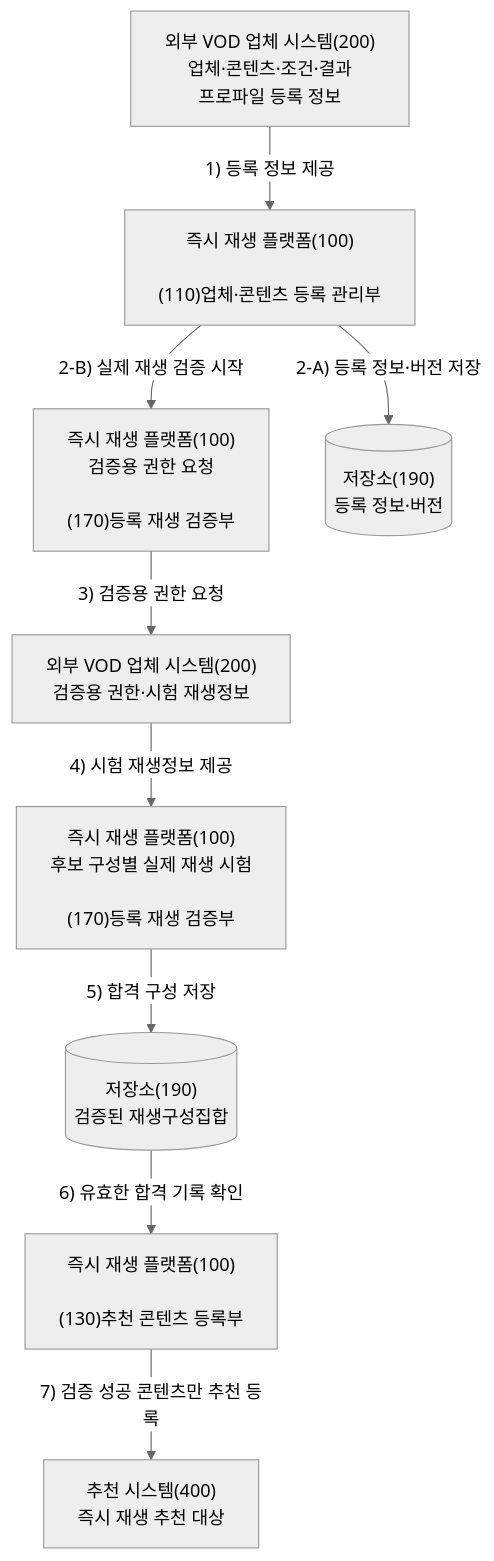
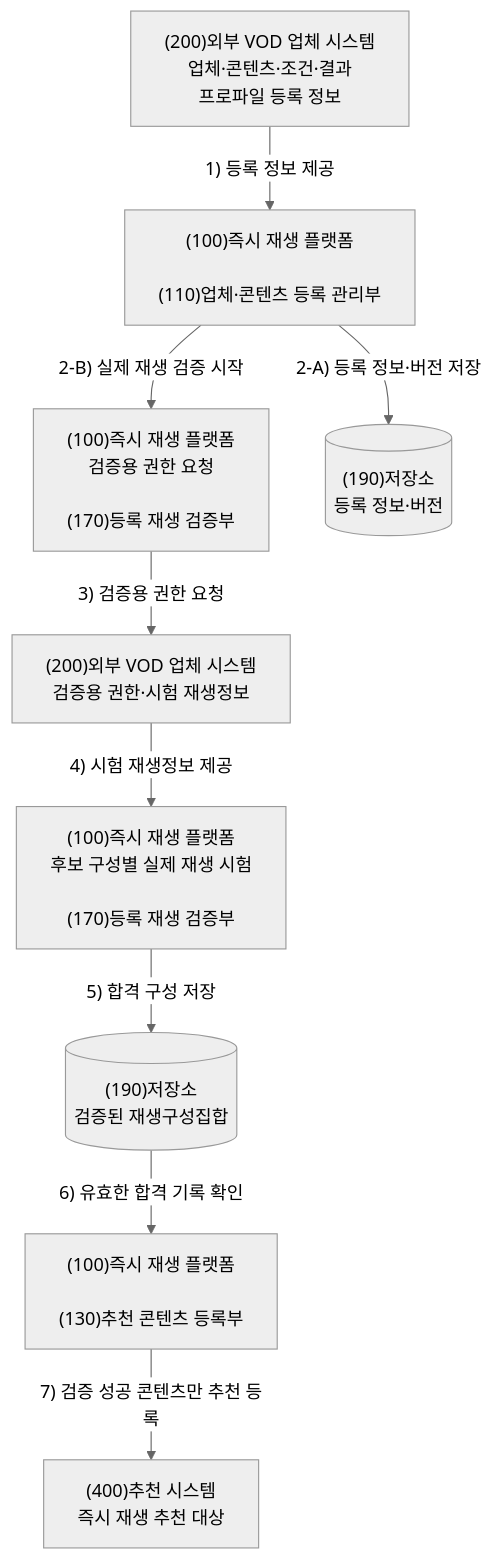
The second of 11 diagrams in instant_play_직무발명서_가독성개선본.md (growdai1y/instant-play), drawn with Mermaid (neutral theme) before and after one commit. The commit also changed other lines of this file and 1 other file, not shown here.

Commit message:
Standardize Mermaid diagram identifiers

````diff
--- a/instant_play_직무발명서_가독성개선본.md
+++ b/instant_play_직무발명서_가독성개선본.md
@@ -177,21 +177,21 @@
 ```mermaid
 flowchart TB
-    PREG["외부 VOD 업체 시스템(200)<br/>업체·콘텐츠·조건·결과<br/>프로파일 등록 정보"]
-    MANAGE["즉시 재생 플랫폼(100)<br/><br/>(110)업체·콘텐츠 등록 관리부"]
-    VERIFY_REQUEST["즉시 재생 플랫폼(100)<br/>검증용 권한 요청<br/><br/>(170)등록 재생 검증부"]
-    PTEST["외부 VOD 업체 시스템(200)<br/>검증용 권한·시험 재생정보"]
-    VERIFY_RUN["즉시 재생 플랫폼(100)<br/>후보 구성별 실제 재생 시험<br/><br/>(170)등록 재생 검증부"]
-    REG_STORE[("저장소(190)<br/>등록 정보·버전")]
-    VERIFIED_STORE[("저장소(190)<br/>검증된 재생구성집합")]
-    RECREG["즉시 재생 플랫폼(100)<br/><br/>(130)추천 콘텐츠 등록부"]
-    RECOMMEND["추천 시스템(400)<br/>즉시 재생 추천 대상"]
+    PREG["(200)외부 VOD 업체 시스템<br/>업체·콘텐츠·조건·결과<br/>프로파일 등록 정보"]
+    MANAGE["(100)즉시 재생 플랫폼<br/><br/>(110)업체·콘텐츠 등록 관리부"]
+    VERIFY_REQUEST["(100)즉시 재생 플랫폼<br/>검증용 권한 요청<br/><br/>(170)등록 재생 검증부"]
+    PTEST["(200)외부 VOD 업체 시스템<br/>검증용 권한·시험 재생정보"]
+    VERIFY_RUN["(100)즉시 재생 플랫폼<br/>후보 구성별 실제 재생 시험<br/><br/>(170)등록 재생 검증부"]
+    REG_STORE[("(190)저장소<br/>등록 정보·버전")]
+    VERIFIED_STORE[("(190)저장소<br/>검증된 재생구성집합")]
+    RECREG["(100)즉시 재생 플랫폼<br/><br/>(130)추천 콘텐츠 등록부"]
+    RECOMMEND["(400)추천 시스템<br/>즉시 재생 추천 대상"]
 
     PREG -->|"1) 등록 정보 제공"| MANAGE
     MANAGE -->|"2-A) 등록 정보·버전 저장"| REG_STORE
     MANAGE -->|"2-B) 실제 재생 검증 시작"| VERIFY_REQUEST
     VERIFY_REQUEST -->|"3) 검증용 권한 요청"| PTEST
     PTEST -->|"4) 시험 재생정보 제공"| VERIFY_RUN
     VERIFY_RUN -->|"5) 합격 구성 저장"| VERIFIED_STORE
     VERIFIED_STORE -->|"6) 유효한 합격 기록 확인"| RECREG
     RECREG -->|"7) 검증 성공 콘텐츠만 추천 등록"| RECOMMEND
 ```
````
